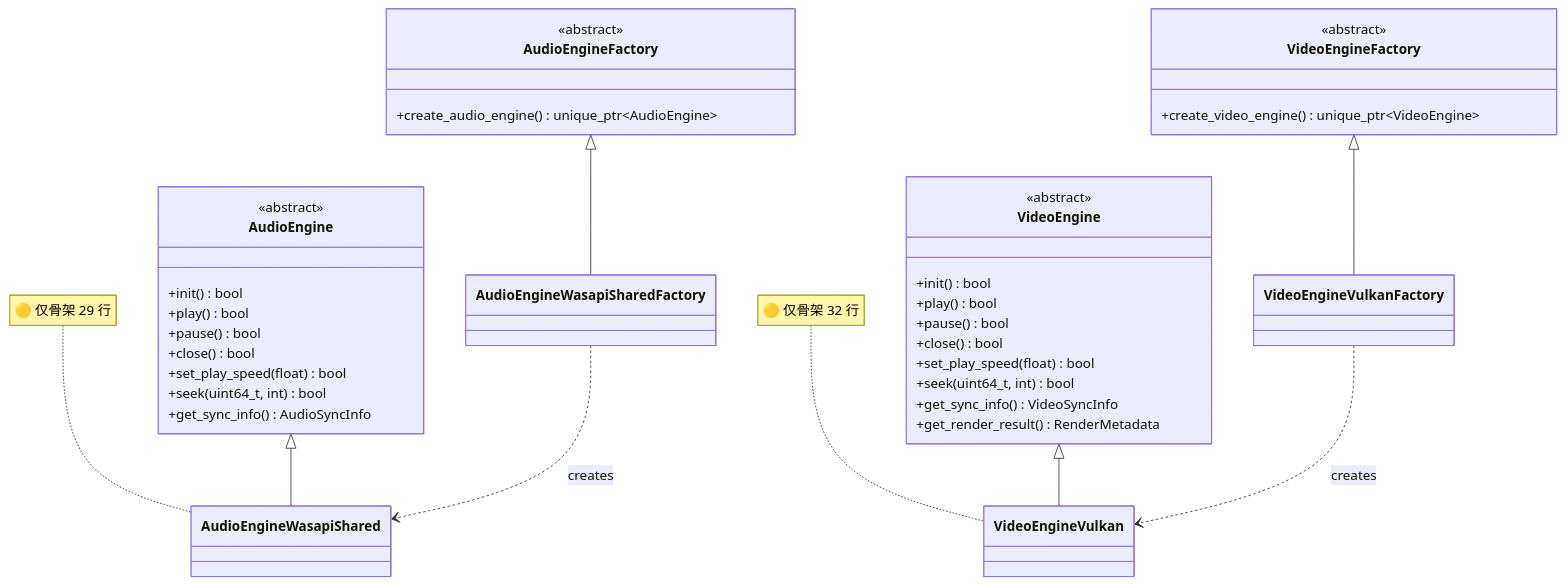
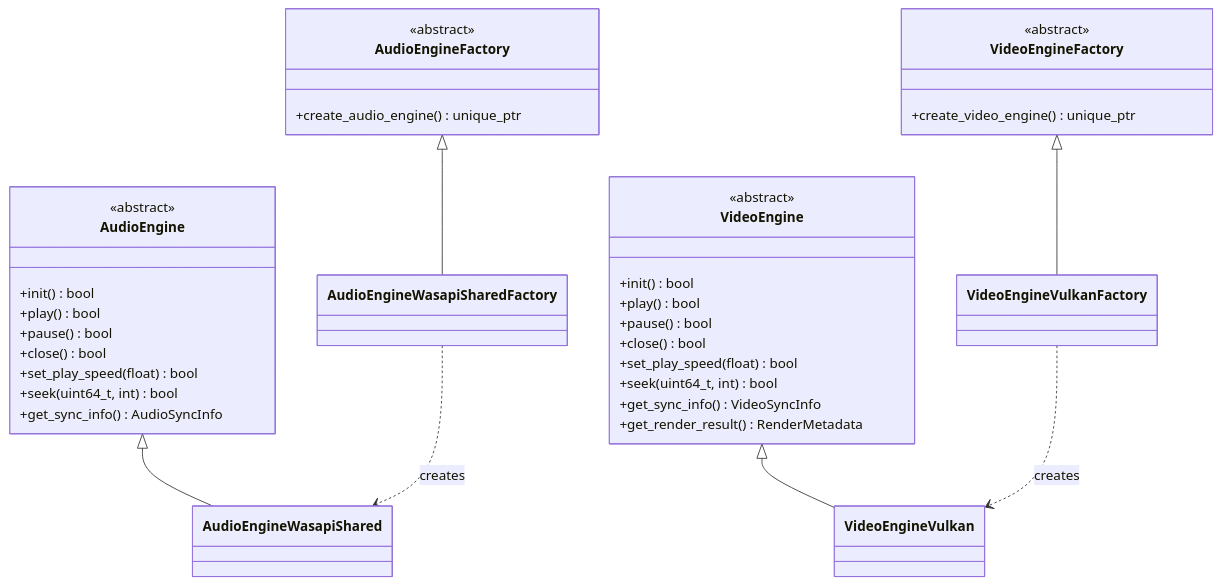
The second of 2 diagrams in docs/markdown/项目框架.md (xiaofusu123/PrismPlayer), drawn with Mermaid before and after one commit. The commit also changed other lines of this file and 8 other files, not shown here.

````diff
--- a/docs/markdown/项目框架.md
+++ b/docs/markdown/项目框架.md
@@ -162,48 +159,46 @@
 ```mermaid
 classDiagram
-accTitle: Engine 层核心类关系
-accDescr: 音视频引擎抽象接口、平台实现与工厂之间的继承和创建关系，以及两者的骨架行数
+    accTitle: Engine 层核心类关系
+    accDescr: 音视频引擎抽象接口、平台实现与工厂之间的继承与创建关系
+
     class AudioEngineFactory {
         <<abstract>>
-        +create_audio_engine() unique_ptr~AudioEngine~
+        +create_audio_engine() unique_ptr
     }
     class VideoEngineFactory {
         <<abstract>>
-        +create_video_engine() unique_ptr~VideoEngine~
+        +create_video_engine() unique_ptr
     }
     class AudioEngine {
         <<abstract>>
         +init() bool
         +play() bool
         +pause() bool
         +close() bool
         +set_play_speed(float) bool
         +seek(uint64_t, int) bool
         +get_sync_info() AudioSyncInfo
     }
     class VideoEngine {
         <<abstract>>
         +init() bool
         +play() bool
         +pause() bool
         +close() bool
         +set_play_speed(float) bool
         +seek(uint64_t, int) bool
         +get_sync_info() VideoSyncInfo
         +get_render_result() RenderMetadata
     }
     class AudioEngineWasapiShared
     class VideoEngineVulkan
     class AudioEngineWasapiSharedFactory
     class VideoEngineVulkanFactory
 
-    note for AudioEngineWasapiShared "🟡 仅骨架 29 行"
-    note for VideoEngineVulkan "🟡 仅骨架 32 行"
-
     AudioEngineFactory <|-- AudioEngineWasapiSharedFactory
     VideoEngineFactory <|-- VideoEngineVulkanFactory
     AudioEngine <|-- AudioEngineWasapiShared
     VideoEngine <|-- VideoEngineVulkan
     AudioEngineWasapiSharedFactory ..> AudioEngineWasapiShared : creates
     VideoEngineVulkanFactory ..> VideoEngineVulkan : creates
 ```
````
